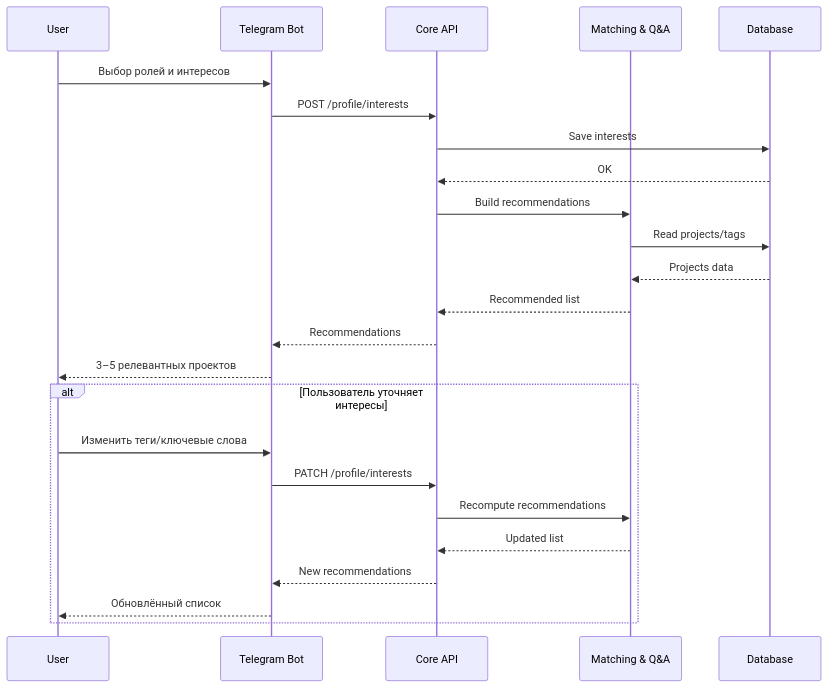
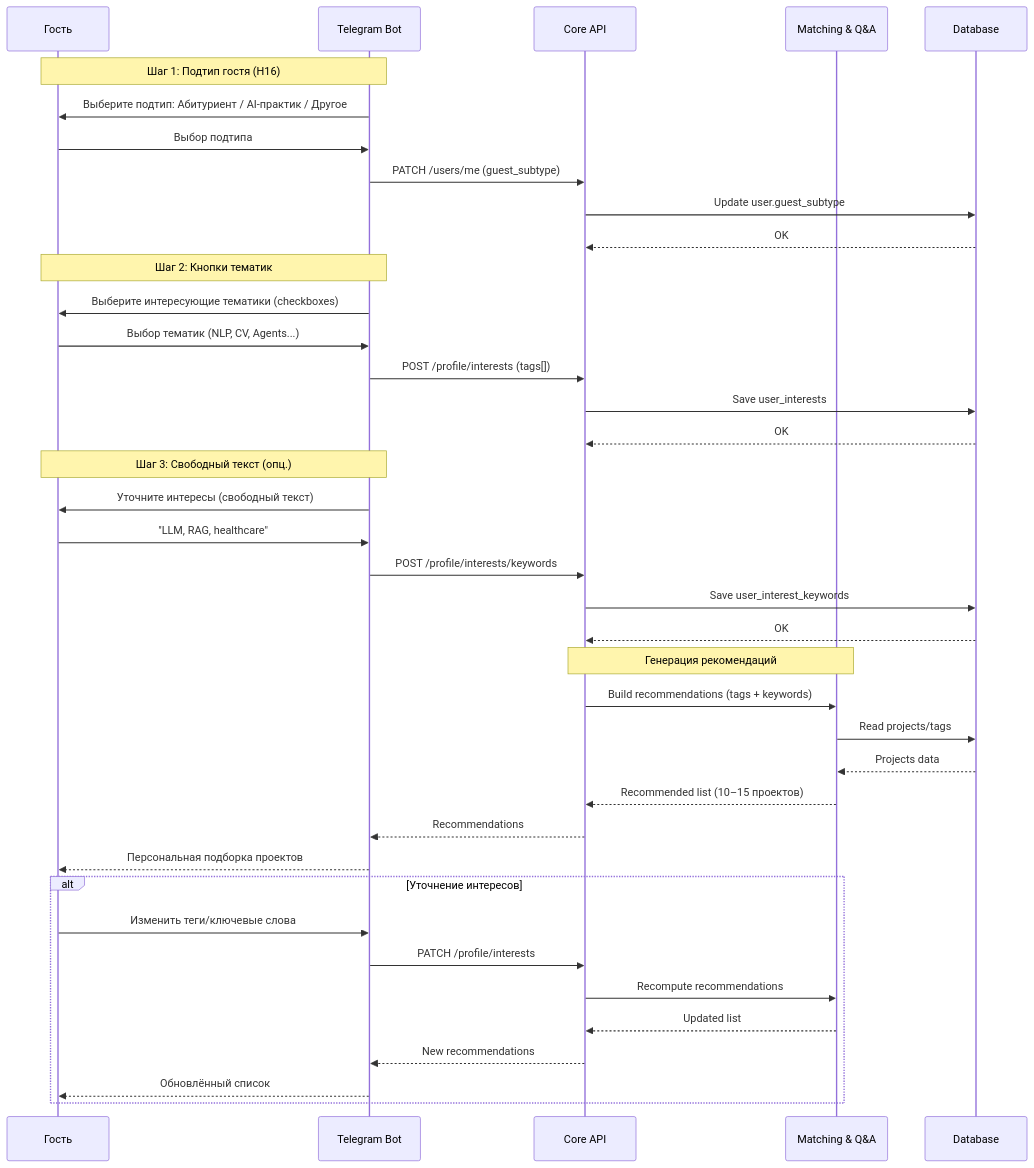
Before and after one commit to demoday-ai/eventai-platform: the first of 8 diagrams in docs/02-specification/09-sequence-diagrams.md, drawn with Mermaid. The commit also changed other lines of this file and 7 other files, not shown here.

````diff
--- a/docs/02-specification/09-sequence-diagrams.md
+++ b/docs/02-specification/09-sequence-diagrams.md
@@ -27,29 +32,46 @@
 ```mermaid
 sequenceDiagram
-    participant U as User
+    participant U as Гость
     participant B as Telegram Bot
     participant A as Core API
     participant M as Matching & Q&A
     participant D as Database
 
-    U->>B: Выбор ролей и интересов
-    B->>A: POST /profile/interests
-    A->>D: Save interests
+    Note over U,B: Шаг 1: Подтип гостя (H16)
+    B->>U: Выберите подтип: Абитуриент / AI-практик / Другое
+    U->>B: Выбор подтипа
+    B->>A: PATCH /users/me (guest_subtype)
+    A->>D: Update user.guest_subtype
     D-->>A: OK
 
-    A->>M: Build recommendations
+    Note over U,B: Шаг 2: Кнопки тематик
+    B->>U: Выберите интересующие тематики (checkboxes)
+    U->>B: Выбор тематик (NLP, CV, Agents...)
+    B->>A: POST /profile/interests (tags[])
+    A->>D: Save user_interests
+    D-->>A: OK
+
+    Note over U,B: Шаг 3: Свободный текст (опц.)
+    B->>U: Уточните интересы (свободный текст)
+    U->>B: "LLM, RAG, healthcare"
+    B->>A: POST /profile/interests/keywords
+    A->>D: Save user_interest_keywords
+    D-->>A: OK
+
+    Note over A,M: Генерация рекомендаций
+    A->>M: Build recommendations (tags + keywords)
     M->>D: Read projects/tags
     D-->>M: Projects data
-    M-->>A: Recommended list
+    M-->>A: Recommended list (10–15 проектов)
     A-->>B: Recommendations
-    B-->>U: 3–5 релевантных проектов
+    B-->>U: Персональная подборка проектов
 
-    alt Пользователь уточняет интересы
+    alt Уточнение интересов
         U->>B: Изменить теги/ключевые слова
         B->>A: PATCH /profile/interests
         A->>M: Recompute recommendations
         M-->>A: Updated list
         A-->>B: New recommendations
         B-->>U: Обновлённый список
     end
 ```
````
